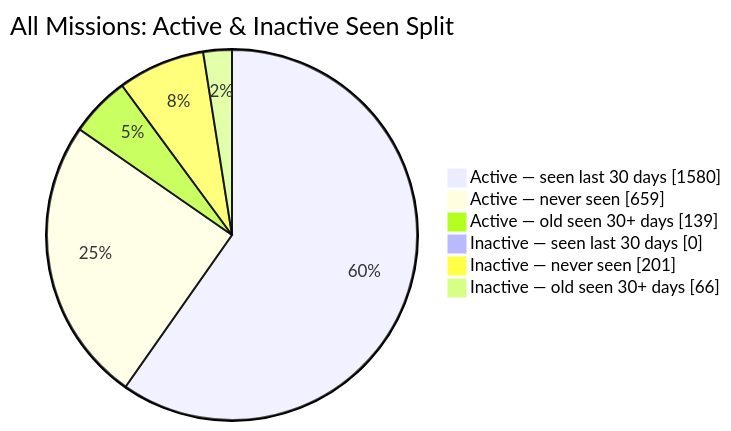
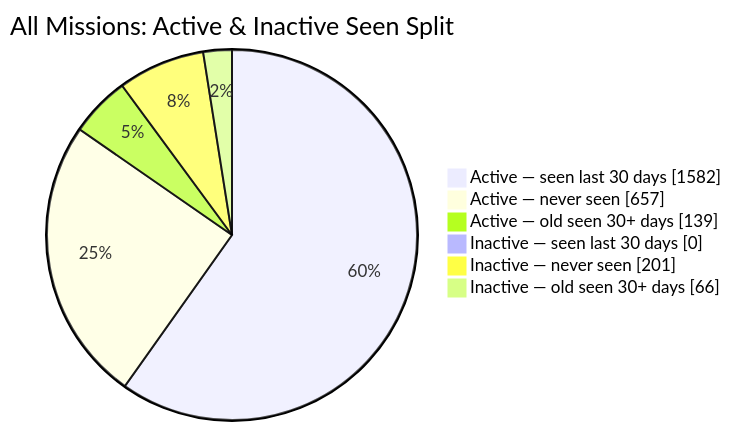
The second of 2 diagrams in README.md (MeldkamerspelGameTeam/active-missions), drawn with Mermaid before and after one commit. The commit also changed other lines of this file and 7 other files, not shown here.

````diff
--- a/README.md
+++ b/README.md
@@ -44,10 +44,10 @@
 ```mermaid
 pie showData
     title All Missions: Active & Inactive Seen Split
-    "Active — seen last 30 days" : 1580
-    "Active — never seen" : 659
+    "Active — seen last 30 days" : 1582
+    "Active — never seen" : 657
     "Active — old seen 30+ days" : 139
     "Inactive — seen last 30 days" : 0
     "Inactive — never seen" : 201
     "Inactive — old seen 30+ days" : 66
 ```
````
